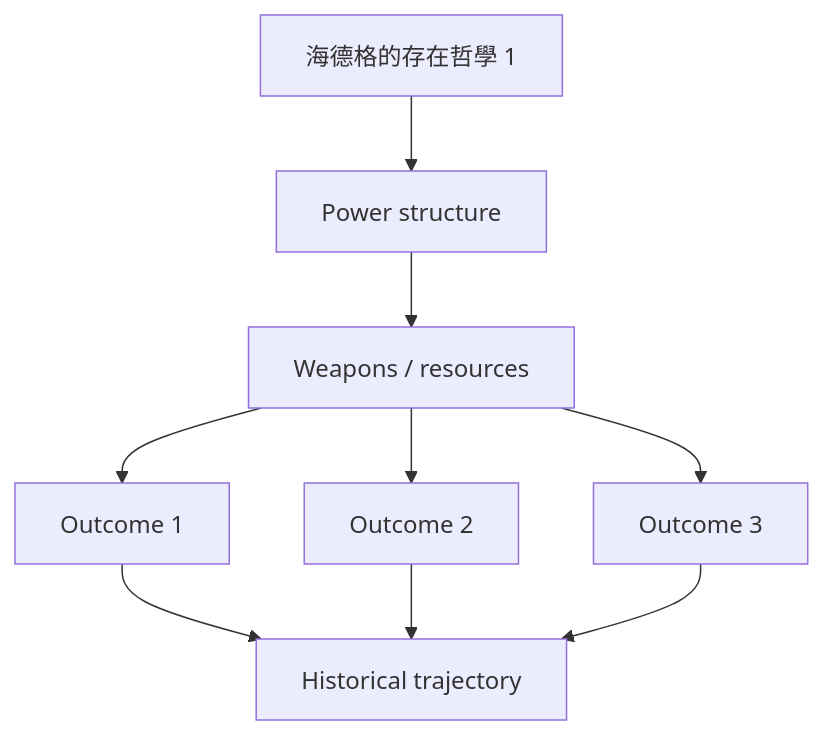
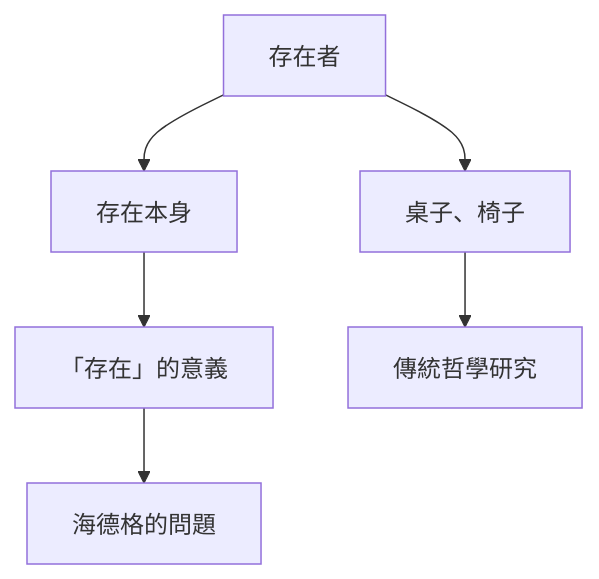
One commit to yip-lgtm/HKU-Harvard-History-Self-Study changed the first of 10 diagrams in 02_Harvard_Courses/Fall_Courses/Hist83_Heidegger.md. Above: the diagram before and after it, drawn with Mermaid. The commit also changed other lines of this file and 15 other files, not shown here.

````diff
--- a/02_Harvard_Courses/Fall_Courses/Hist83_Heidegger.md
+++ b/02_Harvard_Courses/Fall_Courses/Hist83_Heidegger.md
@@ -107,11 +92,8 @@
 ```mermaid
 graph TD
-    A[海德格的存在哲學 1] --> B[Power structure]
-    B --> C[Weapons / resources]
-    C --> D[Outcome 1]
-    C --> E[Outcome 2]
-    C --> F[Outcome 3]
-    D --> G[Historical trajectory]
-    E --> G
-    F --> G
+    A[存在者] --> B[桌子、椅子]
+    A --> C[存在本身]
+    C --> D[「存在」的意義]
+    B --> E[傳統哲學研究]
+    D --> F[海德格的問題]
 ```
````
